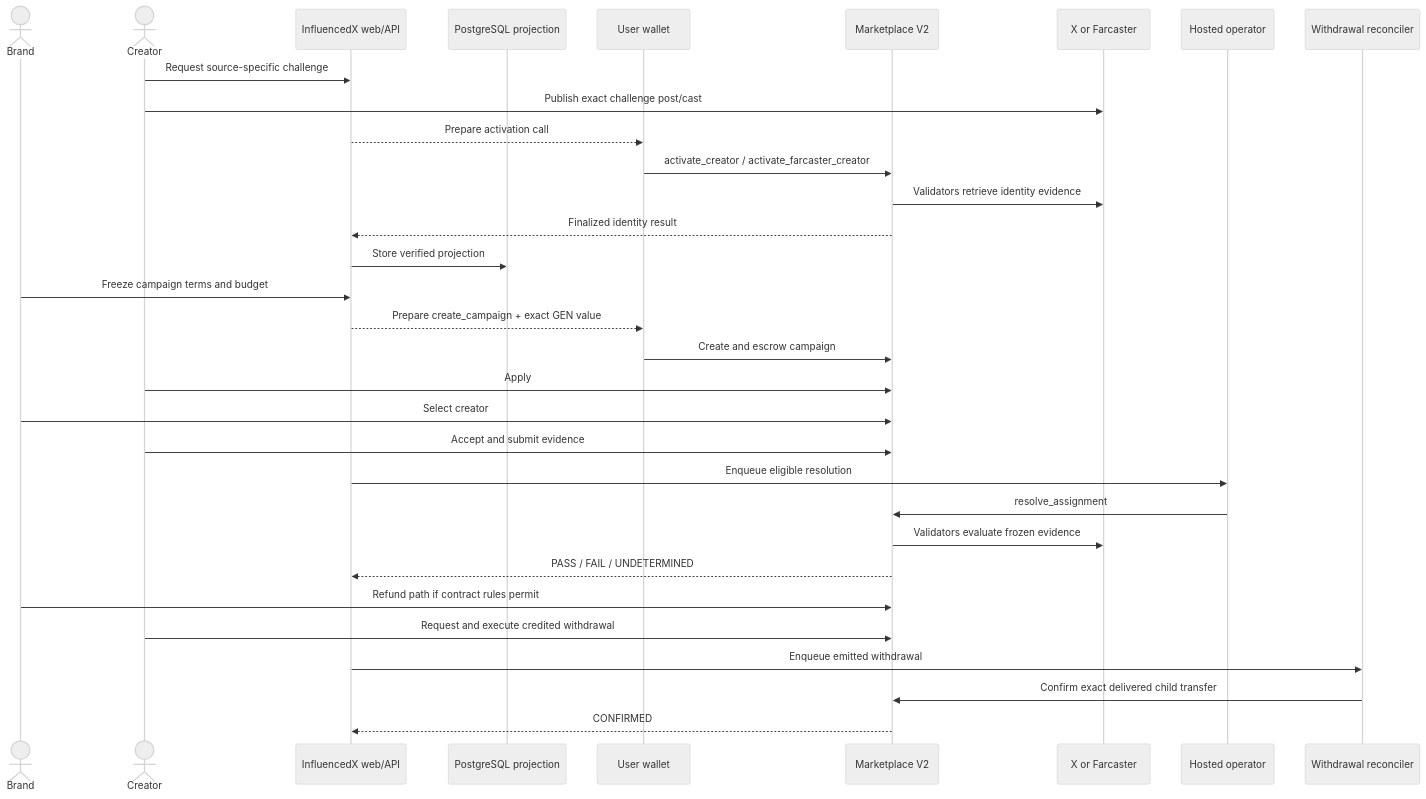
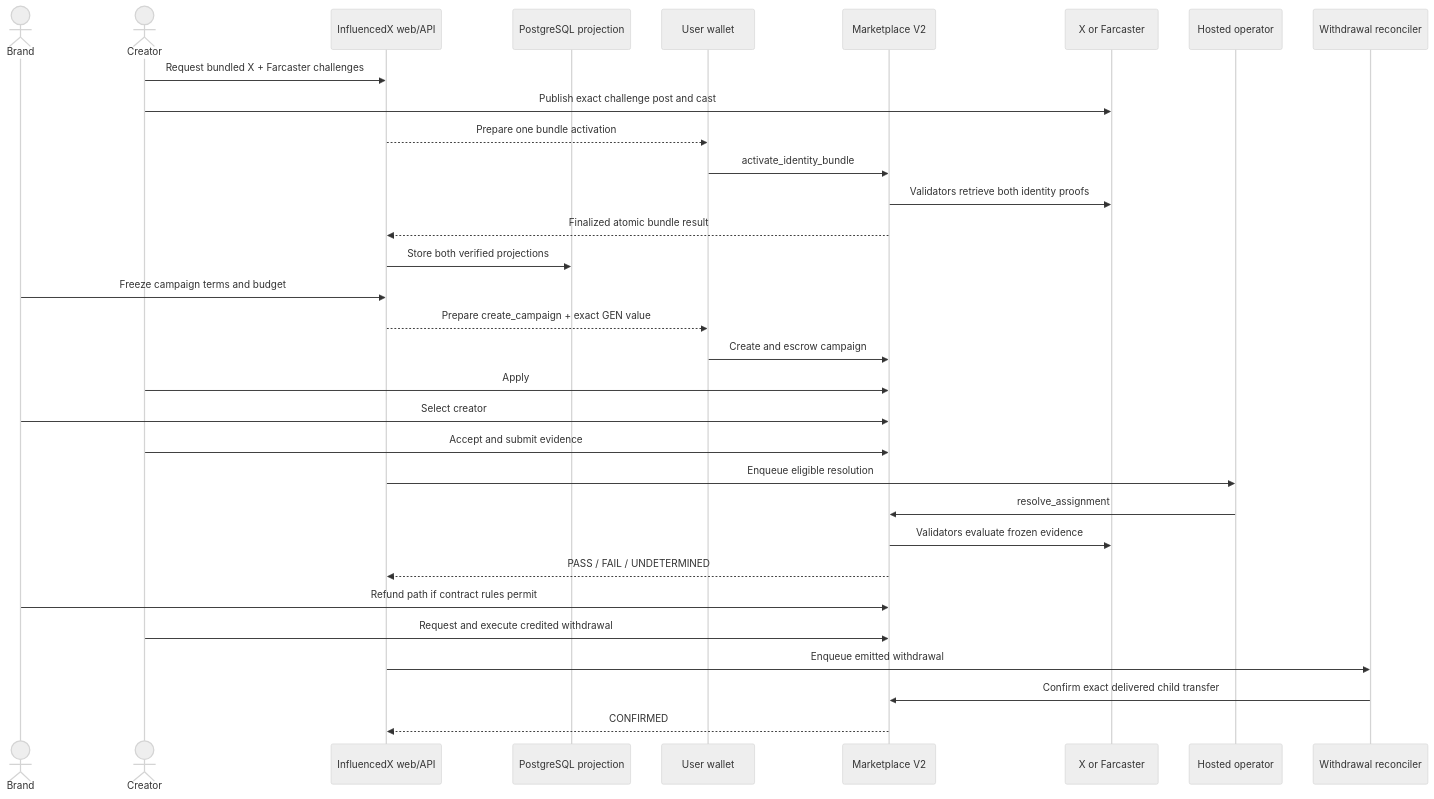
Before and after one commit to Leokings/InfluencedX: the second of 2 diagrams in docs/ARCHITECTURE.md, drawn with Mermaid (neutral theme). The commit also changed 9 other files, not shown here.

Commit message:
Record atomic identity deployment

````diff
--- a/docs/ARCHITECTURE.md
+++ b/docs/ARCHITECTURE.md
@@ -147,37 +147,37 @@
 ```mermaid
 sequenceDiagram
     actor Brand
     actor Creator
     participant App as InfluencedX web/API
     participant DB as PostgreSQL projection
     participant Wallet as User wallet
     participant IC as Marketplace V2
     participant Source as X or Farcaster
     participant Operator as Hosted operator
     participant Reconciler as Withdrawal reconciler
 
-    Creator->>App: Request source-specific challenge
-    Creator->>Source: Publish exact challenge post/cast
-    App-->>Wallet: Prepare activation call
-    Wallet->>IC: activate_creator / activate_farcaster_creator
-    IC->>Source: Validators retrieve identity evidence
-    IC-->>App: Finalized identity result
-    App->>DB: Store verified projection
+    Creator->>App: Request bundled X + Farcaster challenges
+    Creator->>Source: Publish exact challenge post and cast
+    App-->>Wallet: Prepare one bundle activation
+    Wallet->>IC: activate_identity_bundle
+    IC->>Source: Validators retrieve both identity proofs
+    IC-->>App: Finalized atomic bundle result
+    App->>DB: Store both verified projections
 
     Brand->>App: Freeze campaign terms and budget
     App-->>Wallet: Prepare create_campaign + exact GEN value
     Wallet->>IC: Create and escrow campaign
     Creator->>IC: Apply
     Brand->>IC: Select creator
     Creator->>IC: Accept and submit evidence
     App->>Operator: Enqueue eligible resolution
     Operator->>IC: resolve_assignment
     IC->>Source: Validators evaluate frozen evidence
     IC-->>App: PASS / FAIL / UNDETERMINED
 
     Brand->>IC: Refund path if contract rules permit
     Creator->>IC: Request and execute credited withdrawal
     App->>Reconciler: Enqueue emitted withdrawal
     Reconciler->>IC: Confirm exact delivered child transfer
     IC-->>App: CONFIRMED
 ```
````
